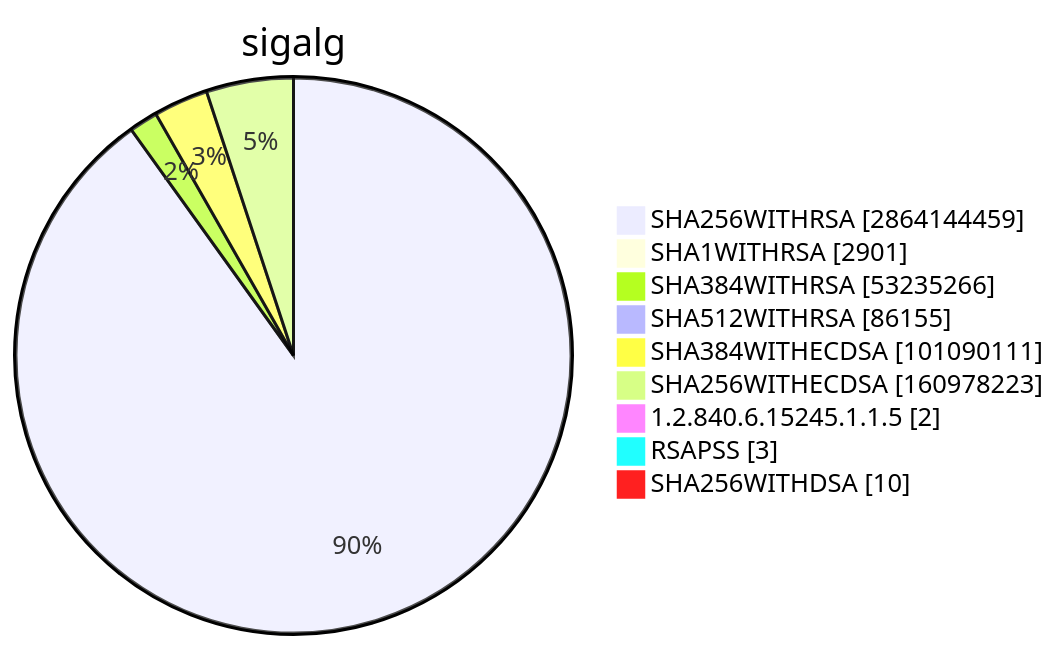
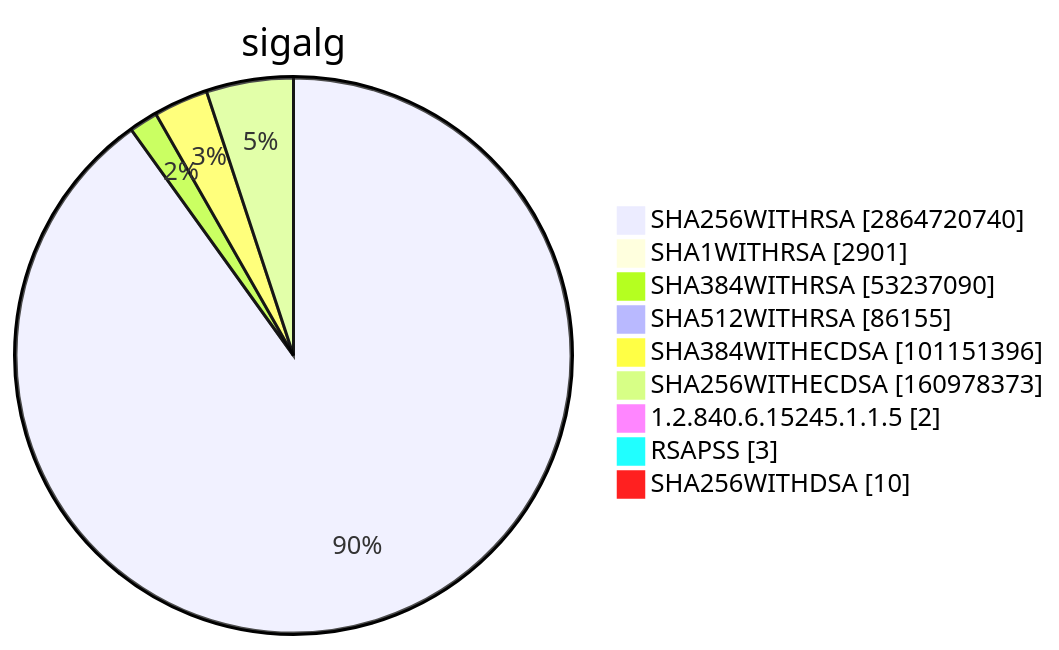
Before and after one commit to christiankrug/ctmonitor_visualization: diagram 15 of 15 in TOTAL/README.md, drawn with Mermaid. The commit also changed other lines of this file, not shown here.

````diff
--- a/TOTAL/README.md
+++ b/TOTAL/README.md
@@ -6207,13 +6207,13 @@
 ```mermaid
 pie showData
 title sigalg
-"SHA256WITHRSA" :2864144459
+"SHA256WITHRSA" :2864720740
 "SHA1WITHRSA" :2901
-"SHA384WITHRSA" :53235266
+"SHA384WITHRSA" :53237090
 "SHA512WITHRSA" :86155
-"SHA384WITHECDSA" :101090111
-"SHA256WITHECDSA" :160978223
+"SHA384WITHECDSA" :101151396
+"SHA256WITHECDSA" :160978373
 "1.2.840.6.15245.1.1.5" :2
 "RSAPSS" :3
 "SHA256WITHDSA" :10
 ```
````
